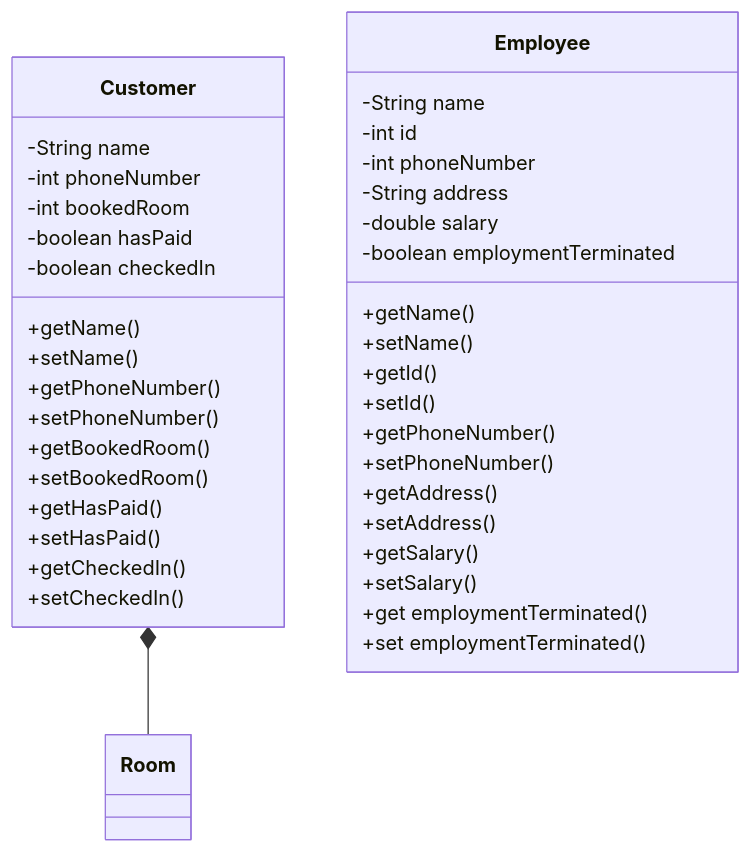
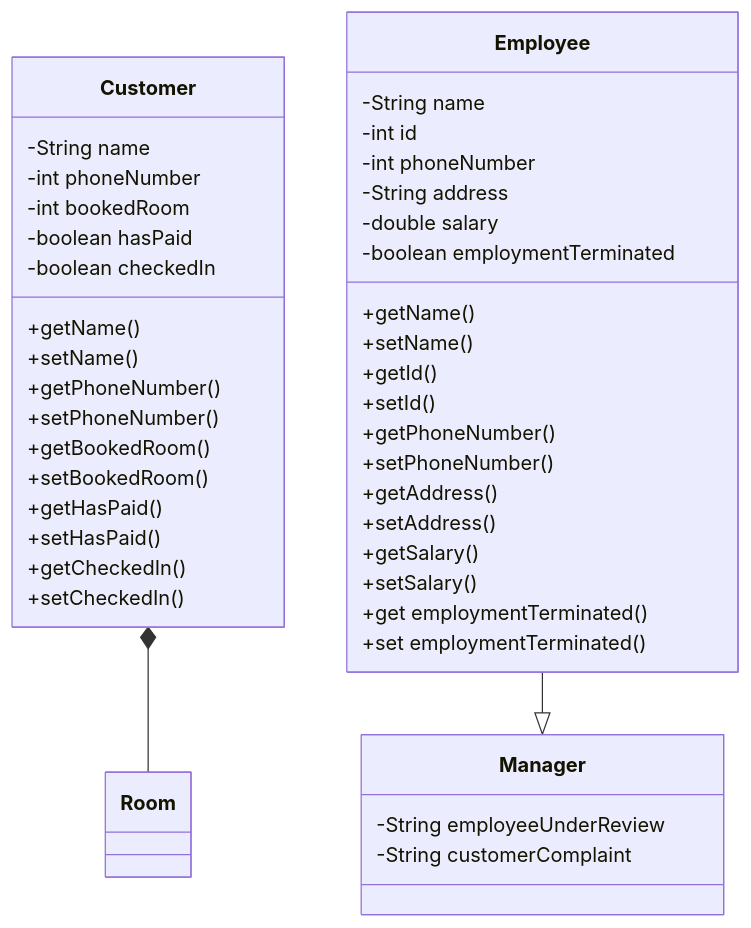
Before and after one commit to roxashrb/2425-cc3-1e-project-team-and-jerry: the diagram in wiki/wiki.md, drawn with Mermaid.

````diff
--- a/wiki/wiki.md
+++ b/wiki/wiki.md
@@ -1,43 +1,50 @@
 ```mermaid
 classDiagram
     Customer *-- Room
     class Customer {
         -String name
         -int phoneNumber
         -int bookedRoom
         -boolean hasPaid
         -boolean checkedIn
         +getName()
         +setName()
         +getPhoneNumber()
         +setPhoneNumber()
         +getBookedRoom()
         +setBookedRoom()
         +getHasPaid()
         +setHasPaid()
         +getCheckedIn()
         +setCheckedIn()
     }
 
     class Employee {
         -String name
         -int id
         -int phoneNumber
         -String address
         -double salary
         -boolean employmentTerminated
         +getName()
         +setName()
         +getId()
         +setId()
         +getPhoneNumber()
         +setPhoneNumber()
         +getAddress()
         +setAddress()
         +getSalary()
         +setSalary()
         +get employmentTerminated()
         +set employmentTerminated()
     }
 
+    Employee --|> Manager
+    class Manager {
+        -String employeeUnderReview
+        -String customerComplaint
+    }
+
+
 ```
````
